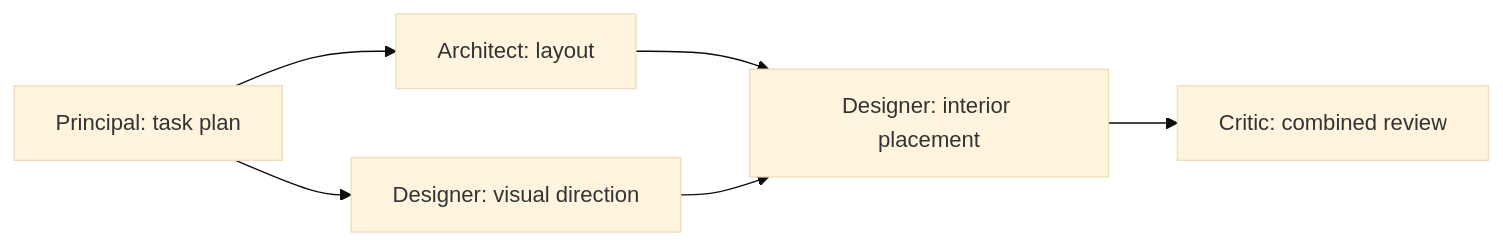
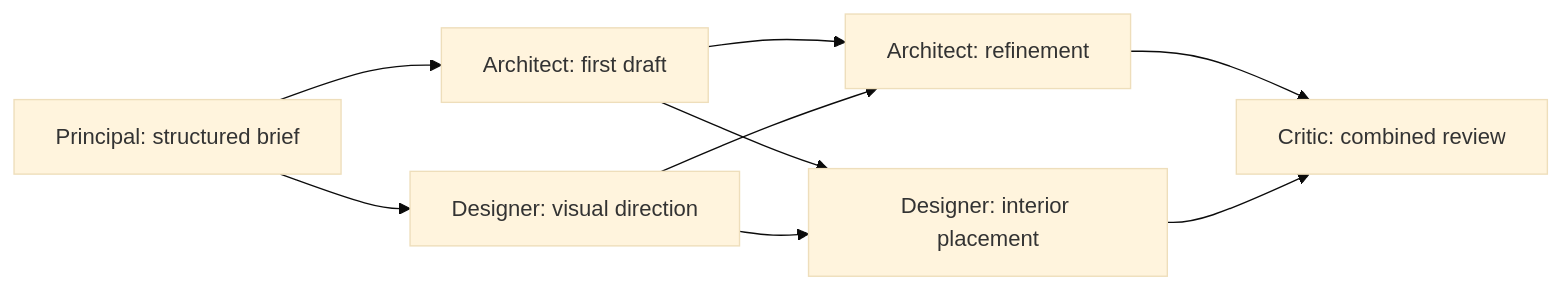
Before and after one commit to UltraRaptorYT/Atelier: the diagram in README.md, drawn with Mermaid (base theme). The commit also changed other lines of this file and 32 other files, not shown here.

````diff
--- a/README.md
+++ b/README.md
@@ -21,8 +21,11 @@
 ```mermaid
 flowchart LR
-  P[Principal: task plan] --> A[Architect: layout]
+  P[Principal: structured brief] --> A[Architect: first draft]
   P --> V[Designer: visual direction]
   A --> I[Designer: interior placement]
   V --> I
+  A --> D[Architect: refinement]
+  V --> D
+  D --> R
   I --> R[Critic: combined review]
 ```
````
